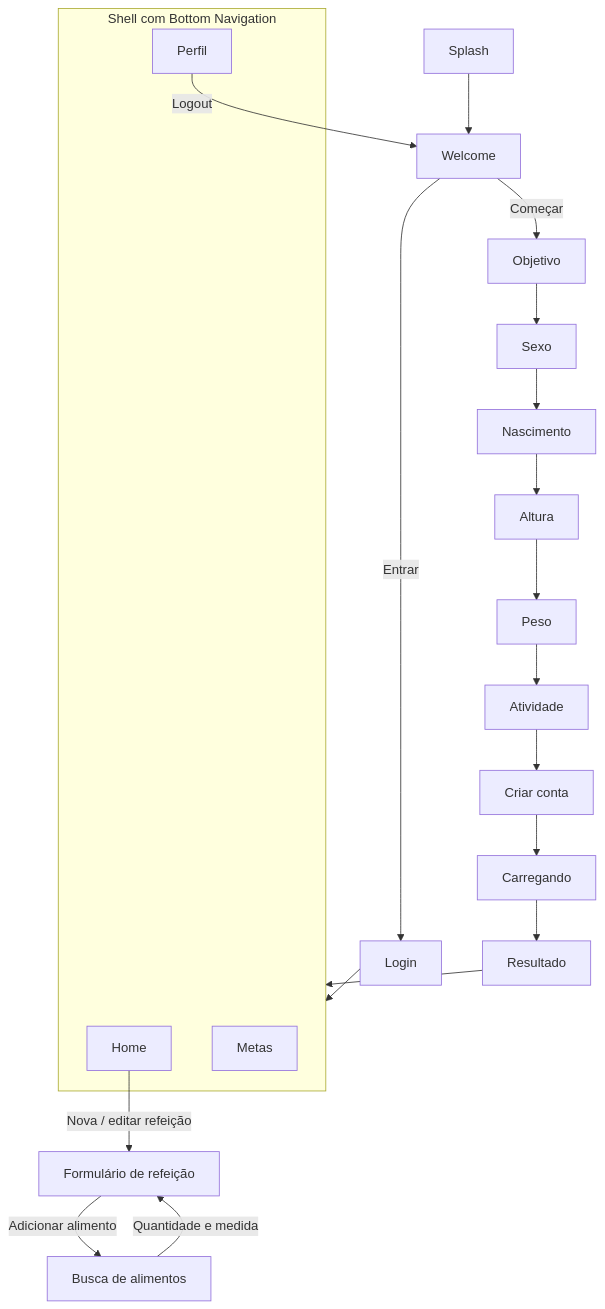
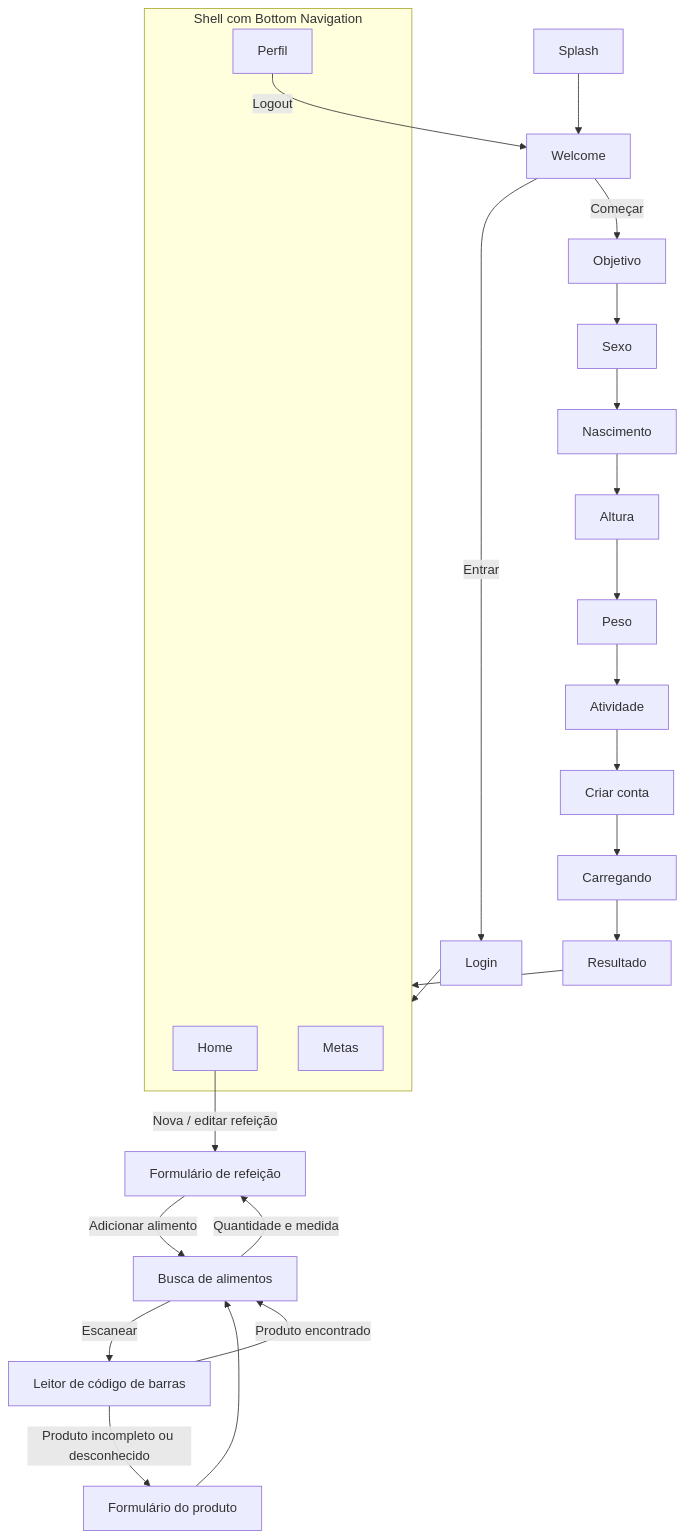
The diagram in README.md (Gabrielvsiqueira/Oz_food_diary), drawn with Mermaid before and after one commit. The commit also changed other lines of this file and 1 other file, not shown here.

Commit message:
docs: document barcode scanning with Open Food Facts

````diff
--- a/README.md
+++ b/README.md
@@ -204,20 +214,24 @@
 ```mermaid
 flowchart TD
     Splash --> Welcome
     Welcome -->|Entrar| Login
     Welcome -->|Começar| Goal[Objetivo]
     Goal --> Gender[Sexo] --> Birth[Nascimento] --> Height[Altura]
     Height --> Weight[Peso] --> Activity[Atividade] --> Account[Criar conta]
     Account --> Loading[Carregando] --> Result[Resultado]
     Login --> Main
     Result --> Main
     subgraph Main[Shell com Bottom Navigation]
         Home
         Metas
         Perfil
     end
     Home -->|Nova / editar refeição| MealForm[Formulário de refeição]
     MealForm -->|Adicionar alimento| FoodSearch[Busca de alimentos]
     FoodSearch -->|Quantidade e medida| MealForm
+    FoodSearch -->|Escanear| Scanner[Leitor de código de barras]
+    Scanner -->|Produto incompleto ou desconhecido| ProductForm[Formulário do produto]
+    Scanner -->|Produto encontrado| FoodSearch
+    ProductForm --> FoodSearch
     Perfil -->|Logout| Welcome
 ```
````
